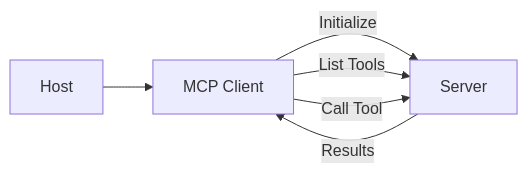
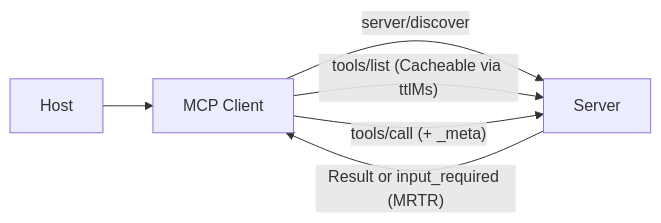
Before and after one commit to imagarg01/LearningStuff: the second of 7 diagrams in docs/AI/MCP/01_architecture.md, drawn with Mermaid. The commit also changed other lines of this file and 29 other files, not shown here.

````diff
--- a/docs/AI/MCP/01_architecture.md
+++ b/docs/AI/MCP/01_architecture.md
@@ -49,8 +49,8 @@
 ```mermaid
 graph LR
     Host[Host] --> Client[MCP Client]
-    Client --> |Initialize| Server
-    Client --> |List Tools| Server
-    Client --> |Call Tool| Server
-    Server --> |Results| Client
+    Client --> |"server/discover"| Server
+    Client --> |"tools/list (Cacheable via ttlMs)"| Server
+    Client --> |"tools/call (+ _meta)"| Server
+    Server --> |"Result or input_required (MRTR)"| Client
 ```
````
